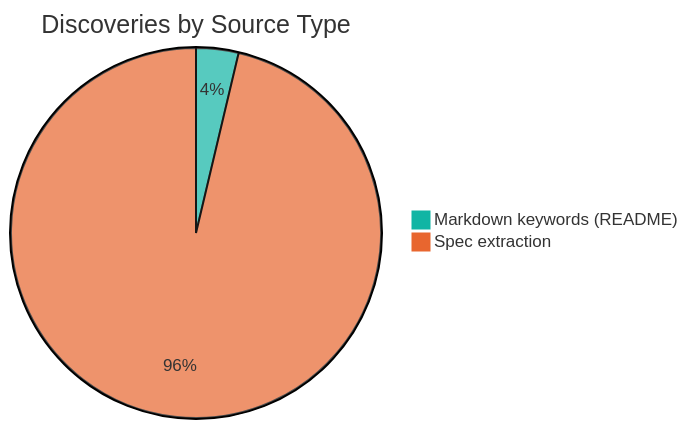
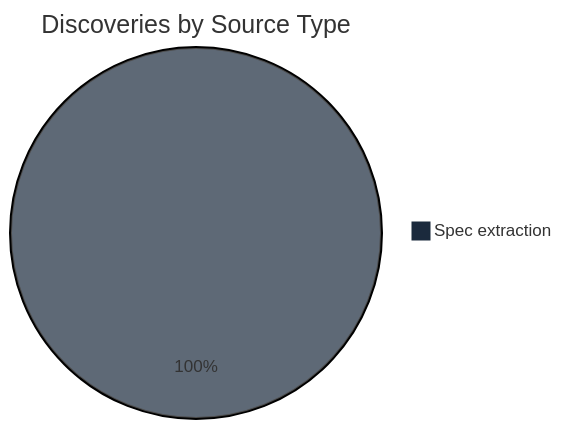
The diagram in docs/skill/arc/align-analysis.md (ronjanusz-liatrio/arc), drawn with Mermaid before and after one commit. The commit also changed other lines of this file and 5 other files, not shown here.

````diff
--- a/docs/skill/arc/align-analysis.md
+++ b/docs/skill/arc/align-analysis.md
@@ -43,6 +43,5 @@
 ```mermaid
-%%{init: {'theme': 'base', 'themeVariables': {'pie1': '#11B5A4', 'pie2': '#E8662F', 'pie3': '#1B2A3D'}}}%%
+%%{init: {'theme': 'base', 'themeVariables': {'pie1': '#1B2A3D'}}}%%
 pie title Discoveries by Source Type
-    "Markdown keywords (README)" : 1
-    "Spec extraction" : 26
+    "Spec extraction" : 31
 ```
````
